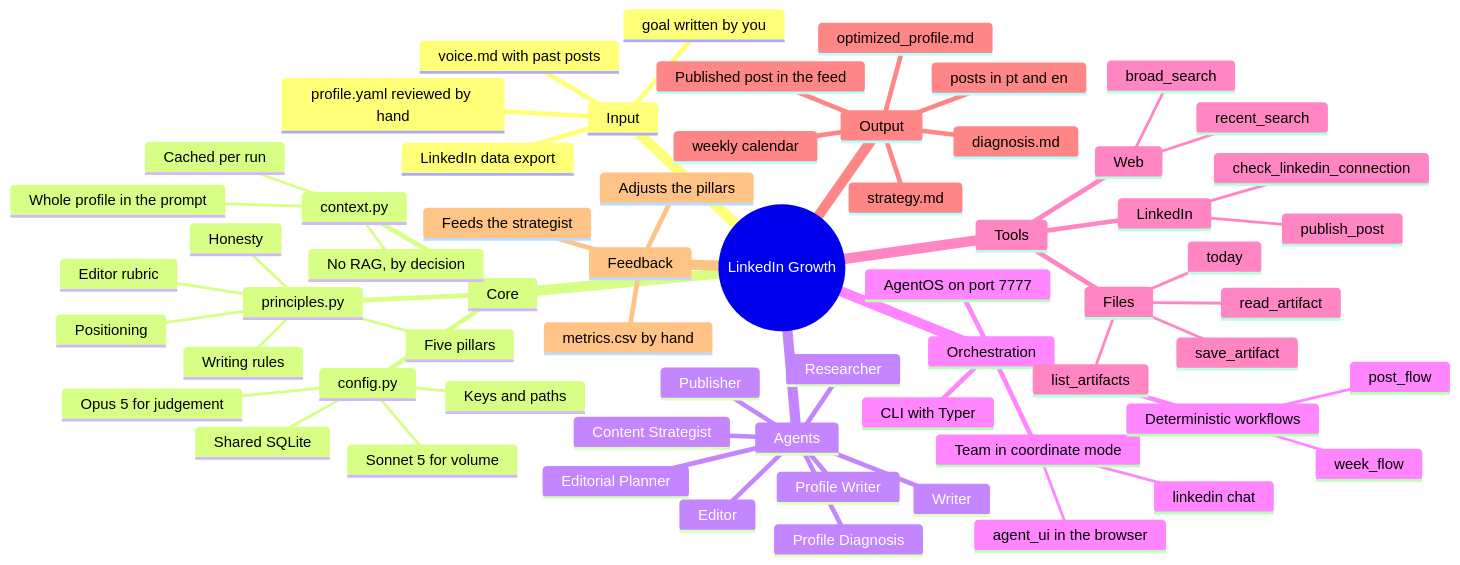
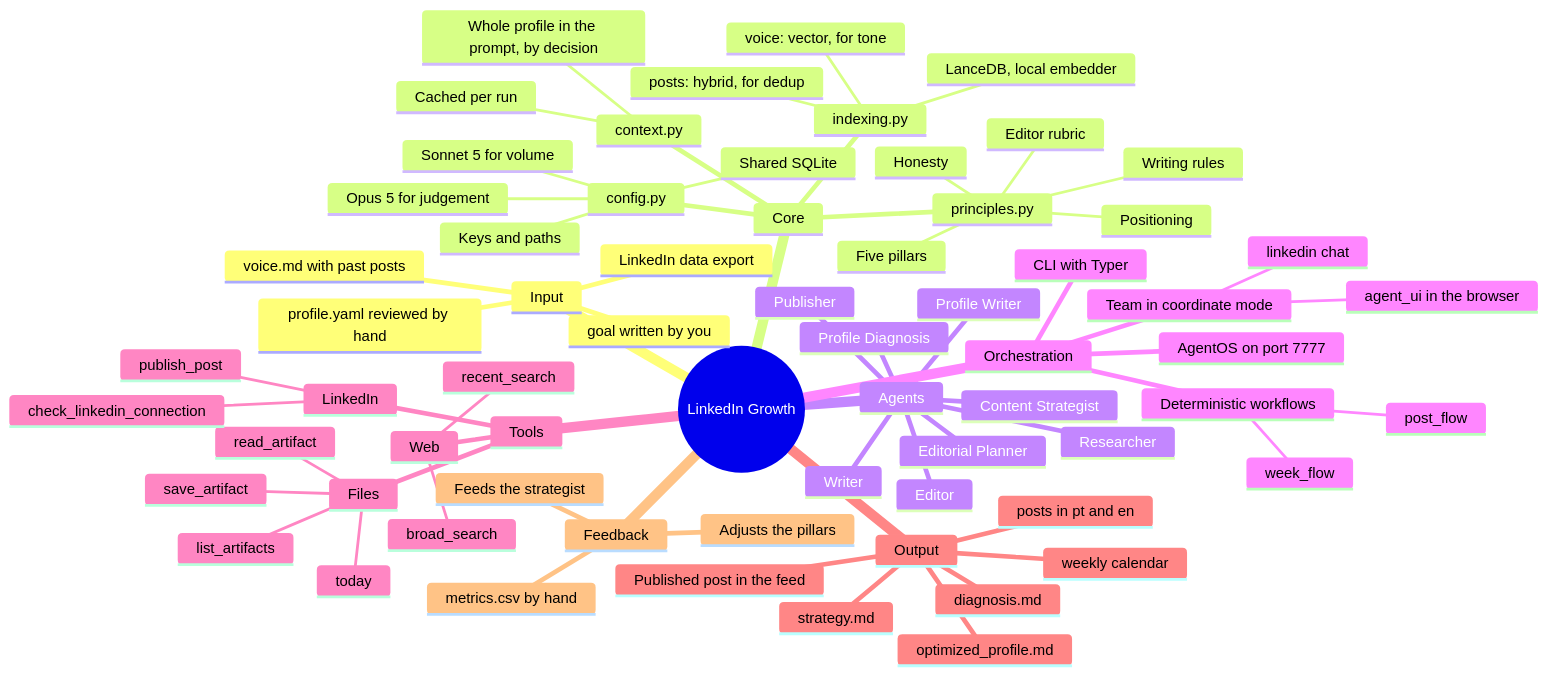
One commit to gabrantoniette/linkedin-growth-agents changed the first of 5 diagrams in docs/mindmap.md. Above: the diagram before and after it, drawn with Mermaid. The commit also changed 12 other files, not shown here.

````diff
--- a/docs/mindmap.md
+++ b/docs/mindmap.md
@@ -14,66 +14,69 @@
 ```mermaid
 mindmap
   root((LinkedIn Growth))
     Input
       LinkedIn data export
       profile.yaml reviewed by hand
       voice.md with past posts
       goal written by you
     Core
       principles.py
         Honesty
         Positioning
         Five pillars
         Writing rules
         Editor rubric
       config.py
         Keys and paths
         Opus 5 for judgement
         Sonnet 5 for volume
         Shared SQLite
       context.py
-        Whole profile in the prompt
-        No RAG, by decision
+        Whole profile in the prompt, by decision
         Cached per run
+      indexing.py
+        LanceDB, local embedder
+        posts: hybrid, for dedup
+        voice: vector, for tone
     Agents
       Profile Diagnosis
       Profile Writer
       Content Strategist
       Researcher
       Editorial Planner
       Writer
       Editor
       Publisher
     Orchestration
       Team in coordinate mode
         linkedin chat
         agent_ui in the browser
       Deterministic workflows
         post_flow
         week_flow
       CLI with Typer
       AgentOS on port 7777
     Tools
       Files
         save_artifact
         read_artifact
         list_artifacts
         today
       Web
         recent_search
         broad_search
       LinkedIn
         check_linkedin_connection
         publish_post
     Output
       diagnosis.md
       optimized_profile.md
       strategy.md
       weekly calendar
       posts in pt and en
       Published post in the feed
     Feedback
       metrics.csv by hand
       Feeds the strategist
       Adjusts the pillars
 ```
````
